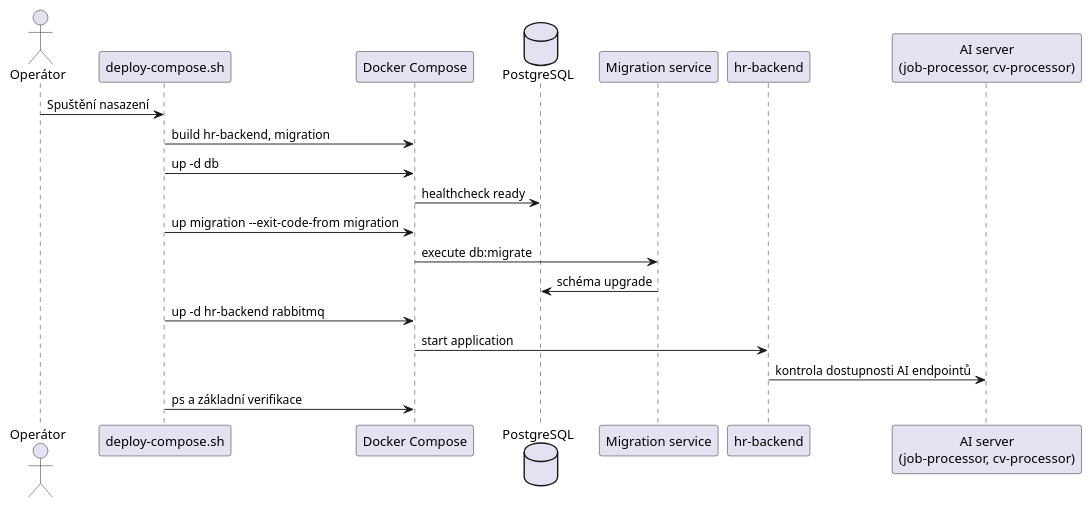
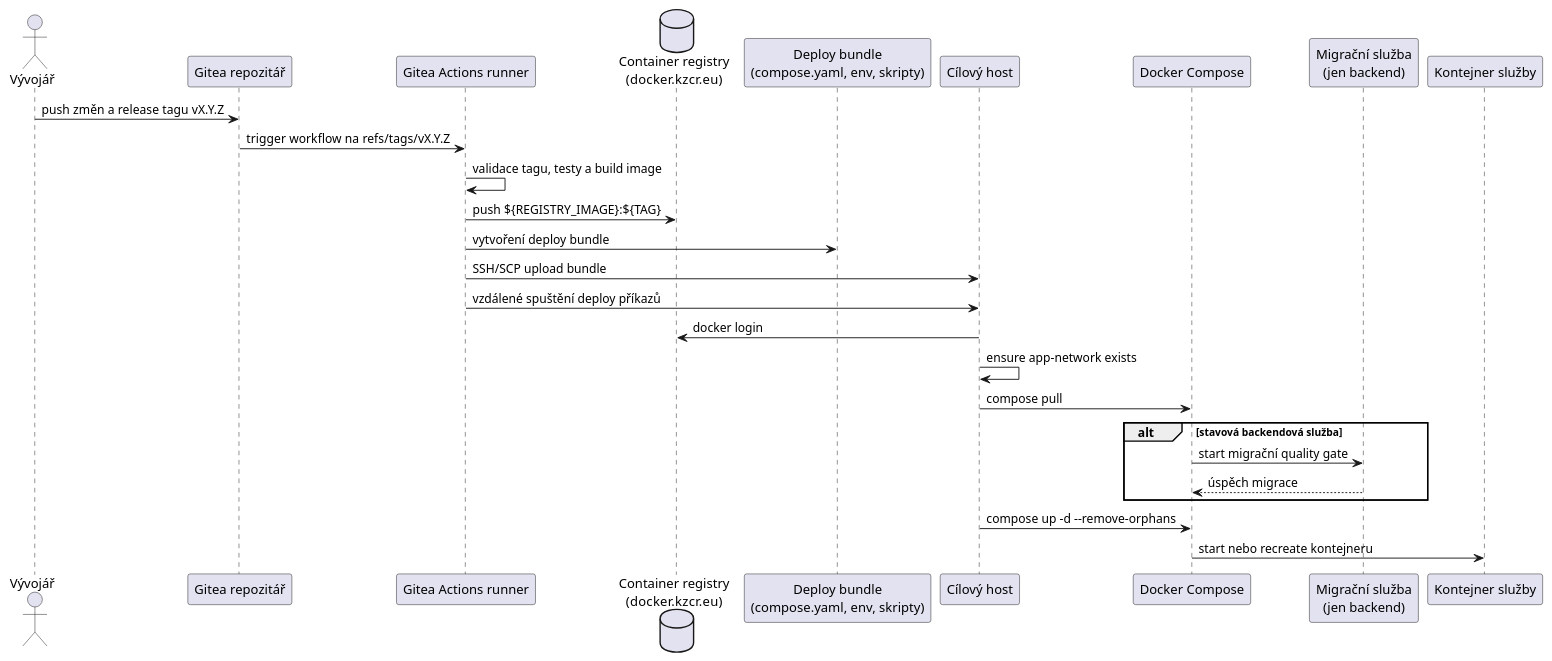
Before and after one commit to pavelvachaaa/diploma-thesis: the diagram in procesy/deployment/deployment-flow.puml, drawn with PlantUML. The commit also changed 124 other files, not shown here.

```diff
--- a/procesy/deployment/deployment-flow.puml
+++ b/procesy/deployment/deployment-flow.puml
@@ -1,22 +1,29 @@
 @startuml
 skinparam shadowing false
-actor "Operátor" as Ops
-participant "deploy-compose.sh" as Script
+actor "Vývojář" as Dev
+participant "Gitea repozitář" as Repo
+participant "Gitea Actions runner" as Runner
+database "Container registry\n(docker.kzcr.eu)" as Registry
+participant "Deploy bundle\n(compose.yaml, env, skripty)" as Bundle
+participant "Cílový host" as Host
 participant "Docker Compose" as Compose
-database "PostgreSQL" as DB
-participant "Migration service" as Mig
-participant "hr-backend" as Api
-participant "AI server\n(job-processor, cv-processor)" as AINode
+participant "Migrační služba\n(jen backend)" as Migration
+participant "Kontejner služby" as App
 
-Ops -> Script: Spuštění nasazení
-Script -> Compose: build hr-backend, migration
-Script -> Compose: up -d db
-Compose -> DB: healthcheck ready
-Script -> Compose: up migration --exit-code-from migration
-Compose -> Mig: execute db:migrate
-Mig -> DB: schéma upgrade
-Script -> Compose: up -d hr-backend rabbitmq
-Compose -> Api: start application
-Api -> AINode: kontrola dostupnosti AI endpointů
-Script -> Compose: ps a základní verifikace
+Dev -> Repo: push změn a release tagu vX.Y.Z
+Repo -> Runner: trigger workflow na refs/tags/vX.Y.Z
+Runner -> Runner: validace tagu, testy a build image
+Runner -> Registry: push ${REGISTRY_IMAGE}:${TAG}
+Runner -> Bundle: vytvoření deploy bundle
+Runner -> Host: SSH/SCP upload bundle
+Runner -> Host: vzdálené spuštění deploy příkazů
+Host -> Registry: docker login
+Host -> Host: ensure app-network exists
+Host -> Compose: compose pull
+alt stavová backendová služba
+  Compose -> Migration: start migrační quality gate
+  Migration --> Compose: úspěch migrace
+end
+Host -> Compose: compose up -d --remove-orphans
+Compose -> App: start nebo recreate kontejneru
 @enduml
```
